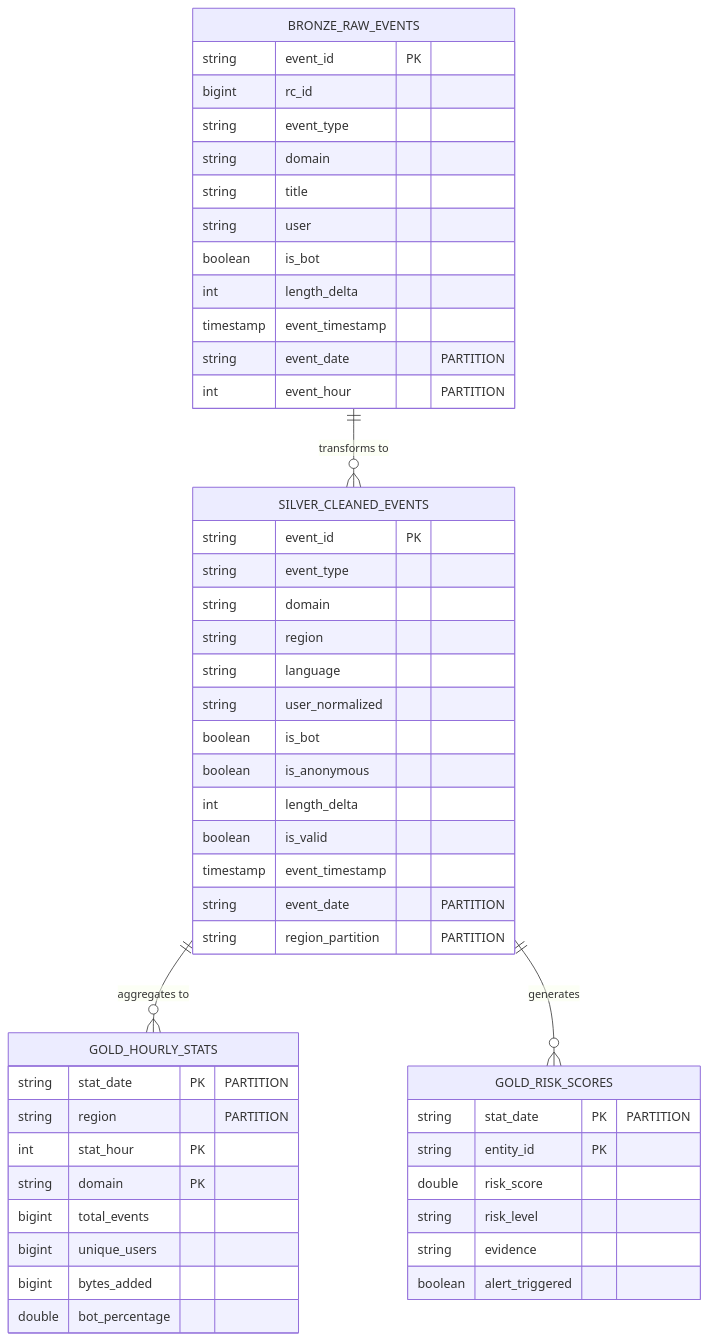
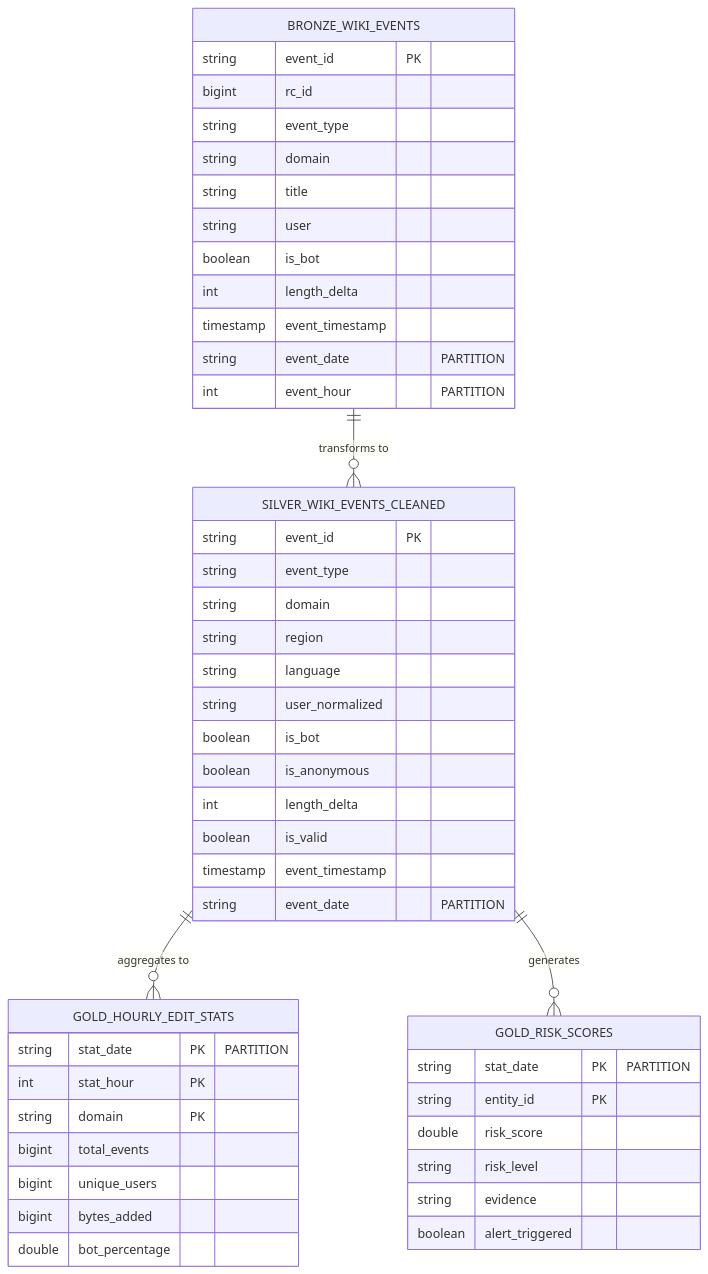
The second of 2 diagrams in README.md (mdshihabullah/wikistream-event-data-pipeline-aws), drawn with Mermaid before and after one commit. The commit also changed other lines of this file and 12 other files, not shown here.

````diff
--- a/README.md
+++ b/README.md
@@ -312,56 +181,54 @@
 ```mermaid
 erDiagram
-    BRONZE_RAW_EVENTS {
+    BRONZE_WIKI_EVENTS {
         string event_id PK
         bigint rc_id
         string event_type
         string domain
         string title
         string user
         boolean is_bot
         int length_delta
         timestamp event_timestamp
         string event_date "PARTITION"
         int event_hour "PARTITION"
     }
 
-    SILVER_CLEANED_EVENTS {
+    SILVER_WIKI_EVENTS_CLEANED {
         string event_id PK
         string event_type
         string domain
         string region
         string language
         string user_normalized
         boolean is_bot
         boolean is_anonymous
         int length_delta
         boolean is_valid
         timestamp event_timestamp
         string event_date "PARTITION"
-        string region_partition "PARTITION"
     }
 
-    GOLD_HOURLY_STATS {
+    GOLD_HOURLY_EDIT_STATS {
         string stat_date PK "PARTITION"
-        string region "PARTITION"
         int stat_hour PK
         string domain PK
         bigint total_events
         bigint unique_users
         bigint bytes_added
         double bot_percentage
     }
 
     GOLD_RISK_SCORES {
         string stat_date PK "PARTITION"
         string entity_id PK
         double risk_score
         string risk_level
         string evidence
         boolean alert_triggered
     }
 
-    BRONZE_RAW_EVENTS ||--o{ SILVER_CLEANED_EVENTS : "transforms to"
-    SILVER_CLEANED_EVENTS ||--o{ GOLD_HOURLY_STATS : "aggregates to"
-    SILVER_CLEANED_EVENTS ||--o{ GOLD_RISK_SCORES : "generates"
+    BRONZE_WIKI_EVENTS ||--o{ SILVER_WIKI_EVENTS_CLEANED : "transforms to"
+    SILVER_WIKI_EVENTS_CLEANED ||--o{ GOLD_HOURLY_EDIT_STATS : "aggregates to"
+    SILVER_WIKI_EVENTS_CLEANED ||--o{ GOLD_RISK_SCORES : "generates"
 ```
````
